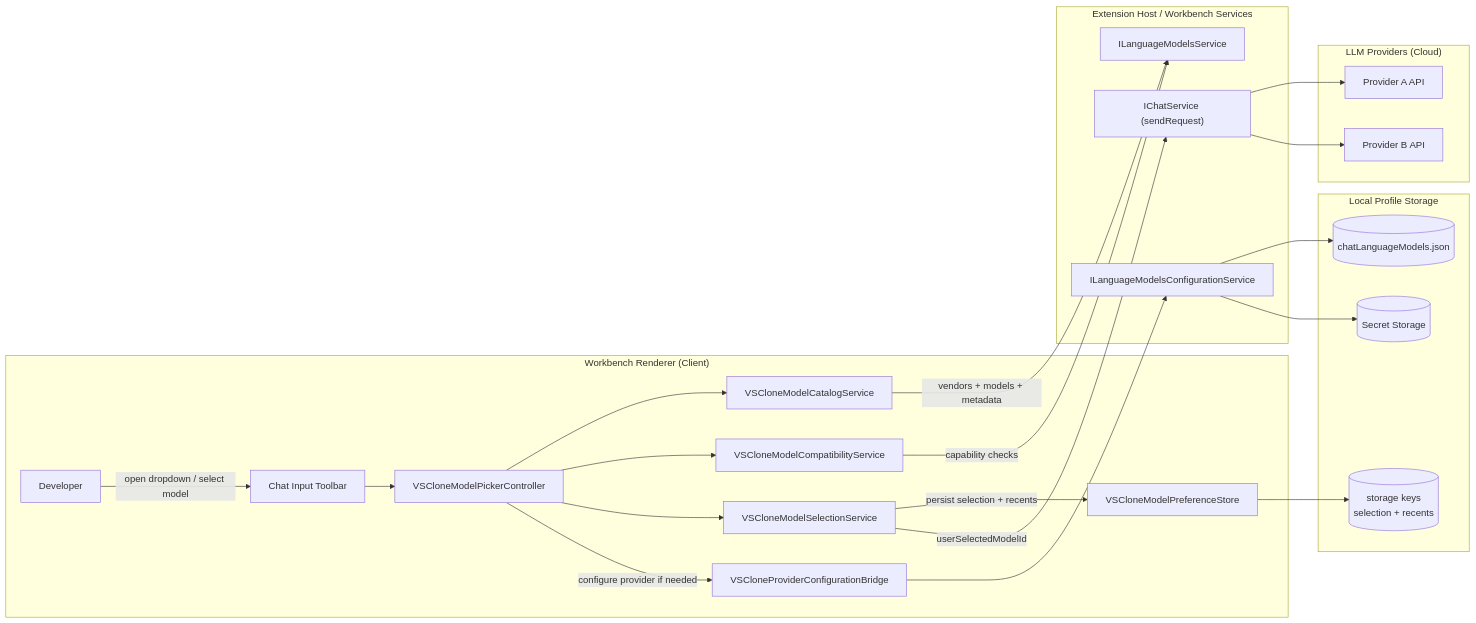
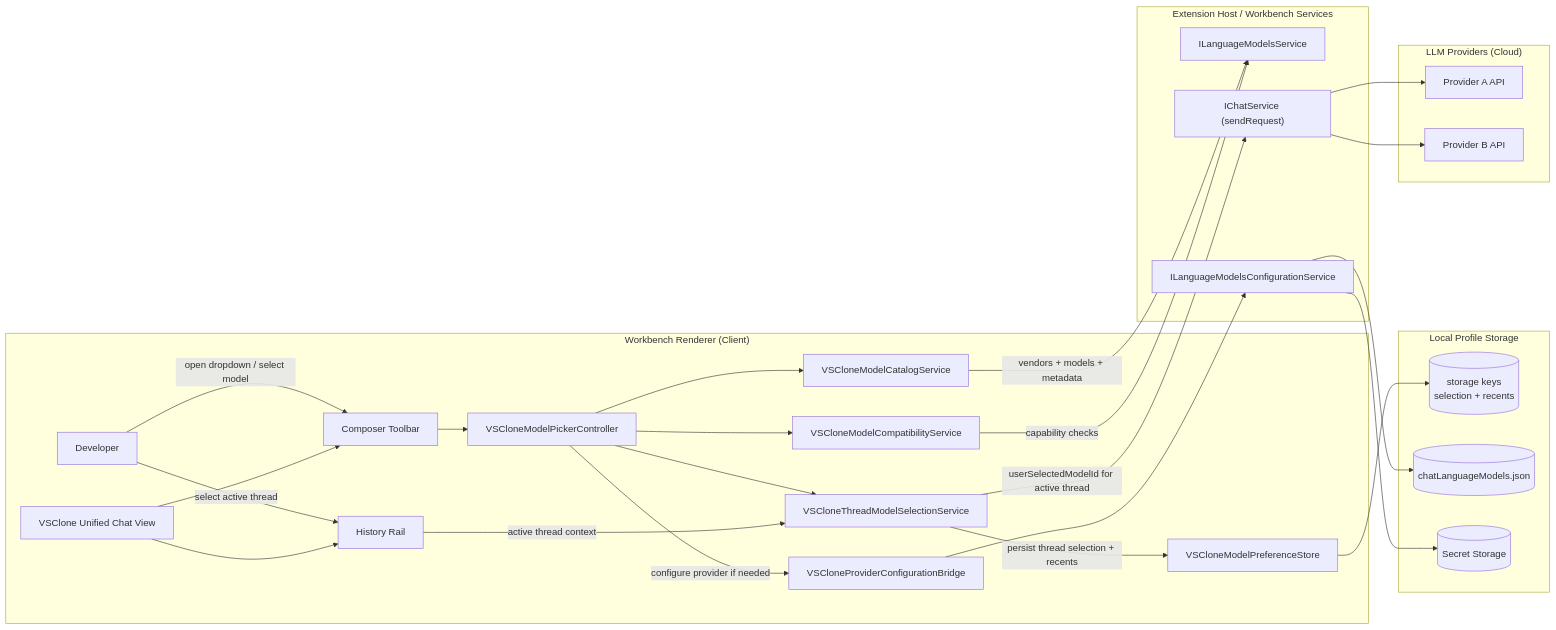
The diagram in cs485/diagrams/userstory3/architecture-diagram-1.mmd (BrandonHowe/cs485-llm-ide), drawn with Mermaid before and after one commit. The commit also changed 30 other files, not shown here.

```diff
--- a/cs485/diagrams/userstory3/architecture-diagram-1.mmd
+++ b/cs485/diagrams/userstory3/architecture-diagram-1.mmd
@@ -1,48 +1,54 @@
 flowchart LR
   subgraph Client["Workbench Renderer (Client)"]
     Dev["Developer"]
-    ChatUI["Chat Input Toolbar"]
+    ChatUI["VSClone Unified Chat View"]
+    HistRail["History Rail"]
+    Composer["Composer Toolbar"]
     PickerCtl["VSCloneModelPickerController"]
     Catalog["VSCloneModelCatalogService"]
     Compat["VSCloneModelCompatibilityService"]
-    SelectSvc["VSCloneModelSelectionService"]
+    SelectSvc["VSCloneThreadModelSelectionService"]
     PrefStore["VSCloneModelPreferenceStore"]
     ConfigBridge["VSCloneProviderConfigurationBridge"]
   end
 
   subgraph Server["Extension Host / Workbench Services"]
     LMService["ILanguageModelsService"]
     LMConfig["ILanguageModelsConfigurationService"]
     ChatSvc["IChatService (sendRequest)"]
   end
 
   subgraph Local["Local Profile Storage"]
     KVS[("storage keys\nselection + recents")]
     LMFile[("chatLanguageModels.json")]
     Secrets[("Secret Storage")]
   end
 
   subgraph Cloud["LLM Providers (Cloud)"]
     ProviderA["Provider A API"]
     ProviderB["Provider B API"]
   end
 
-  Dev -->|open dropdown / select model| ChatUI
-  ChatUI --> PickerCtl
+  Dev -->|select active thread| HistRail
+  Dev -->|open dropdown / select model| Composer
+  ChatUI --> HistRail
+  ChatUI --> Composer
+  Composer --> PickerCtl
   PickerCtl --> Catalog
   PickerCtl --> Compat
   PickerCtl --> SelectSvc
+  HistRail -->|active thread context| SelectSvc
 
   Catalog -->|vendors + models + metadata| LMService
   Compat -->|capability checks| LMService
-  SelectSvc -->|persist selection + recents| PrefStore
+  SelectSvc -->|persist thread selection + recents| PrefStore
   PrefStore --> KVS
 
   PickerCtl -->|configure provider if needed| ConfigBridge
   ConfigBridge --> LMConfig
   LMConfig --> LMFile
   LMConfig --> Secrets
 
-  SelectSvc -->|userSelectedModelId| ChatSvc
+  SelectSvc -->|userSelectedModelId for active thread| ChatSvc
   ChatSvc --> ProviderA
   ChatSvc --> ProviderB
```
